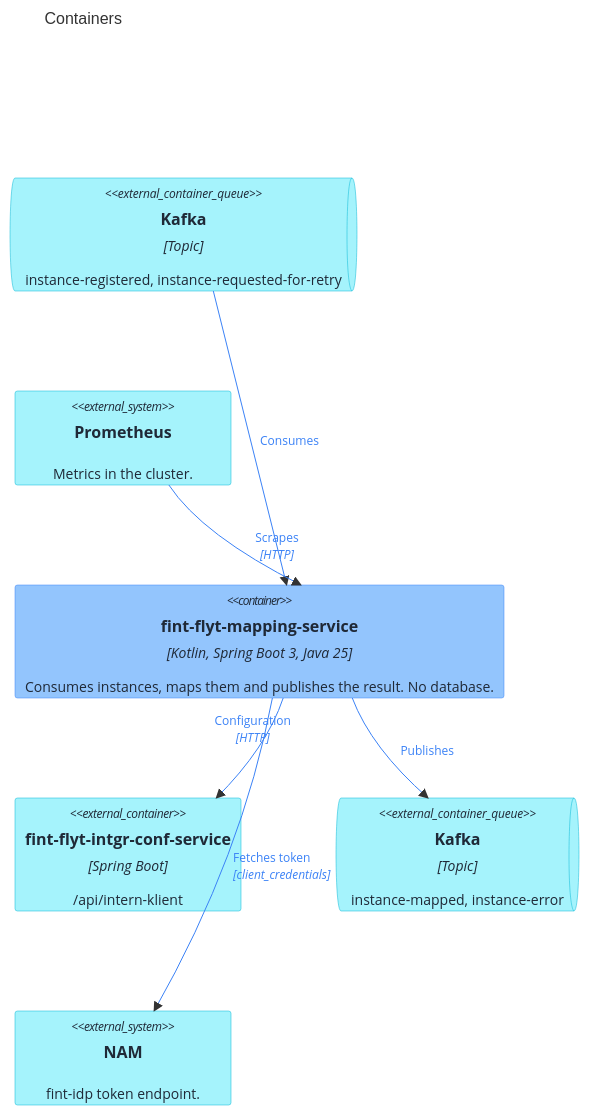
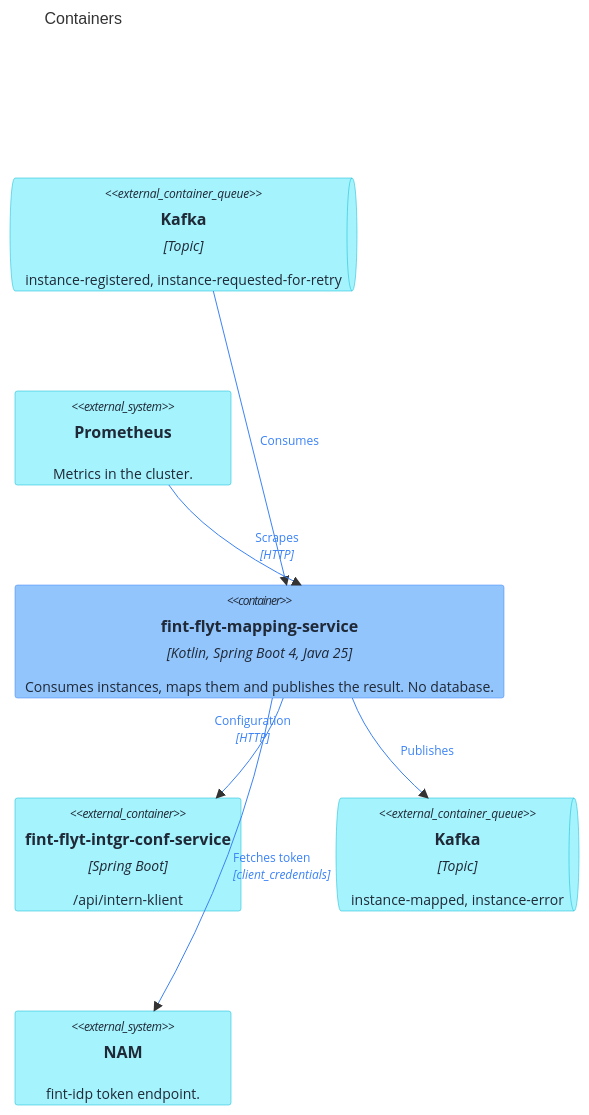
The second of 3 diagrams in docs/architecture.md (FINTLabs/fint-flyt-mapping-service), drawn with Mermaid before and after one commit. The commit also changed other lines of this file and 15 other files, not shown here.

First line of the commit message:
build!: move to Spring Boot 4, flyt-kafka 8 and a version catalog

````diff
--- a/docs/architecture.md
+++ b/docs/architecture.md
@@ -48,30 +48,30 @@
 ```mermaid
 C4Container
     title Containers
 
     ContainerQueue_Ext(kafkaIn, "Kafka", "Topic", "instance-registered, instance-requested-for-retry")
     System_Ext(prometheus, "Prometheus", "Metrics in the cluster.")
-    Container(app, "fint-flyt-mapping-service", "Kotlin, Spring Boot 3, Java 25", "Consumes instances, maps them and publishes the result. No database.")
+    Container(app, "fint-flyt-mapping-service", "Kotlin, Spring Boot 4, Java 25", "Consumes instances, maps them and publishes the result. No database.")
     Container_Ext(intgrConf, "fint-flyt-intgr-conf-service", "Spring Boot", "/api/intern-klient")
     ContainerQueue_Ext(kafkaOut, "Kafka", "Topic", "instance-mapped, instance-error")
     System_Ext(idp, "NAM", "fint-idp token endpoint.")
 
     Rel(kafkaIn, app, "Consumes")
     Rel(prometheus, app, "Scrapes", "HTTP")
     Rel(app, kafkaOut, "Publishes")
     Rel(app, idp, "Fetches token", "client_credentials")
     Rel(app, intgrConf, "Configuration", "HTTP")
 
     UpdateRelStyle(kafkaIn, app, $textColor="#3B82F6", $lineColor="#3B82F6", $offsetX="10")
     UpdateRelStyle(prometheus, app, $textColor="#3B82F6", $lineColor="#3B82F6", $offsetX="20")
     UpdateRelStyle(app, kafkaOut, $textColor="#3B82F6", $lineColor="#3B82F6", $offsetX="10")
     UpdateRelStyle(app, idp, $textColor="#3B82F6", $lineColor="#3B82F6", $offsetX="20")
     UpdateRelStyle(app, intgrConf, $textColor="#3B82F6", $lineColor="#3B82F6", $offsetX="-35", $offsetY="-30")
     UpdateElementStyle(app, $bgColor="#93C5FD", $fontColor="#1F2937", $borderColor="#3B82F6")
     UpdateElementStyle(kafkaIn, $bgColor="#A5F3FC", $fontColor="#1F2937", $borderColor="#06B6D4")
     UpdateElementStyle(kafkaOut, $bgColor="#A5F3FC", $fontColor="#1F2937", $borderColor="#06B6D4")
     UpdateElementStyle(prometheus, $bgColor="#A5F3FC", $fontColor="#1F2937", $borderColor="#06B6D4")
     UpdateElementStyle(idp, $bgColor="#A5F3FC", $fontColor="#1F2937", $borderColor="#06B6D4")
     UpdateElementStyle(intgrConf, $bgColor="#A5F3FC", $fontColor="#1F2937", $borderColor="#06B6D4")
     UpdateLayoutConfig($c4ShapeInRow="2", $c4BoundaryInRow="1")
 ```
````
